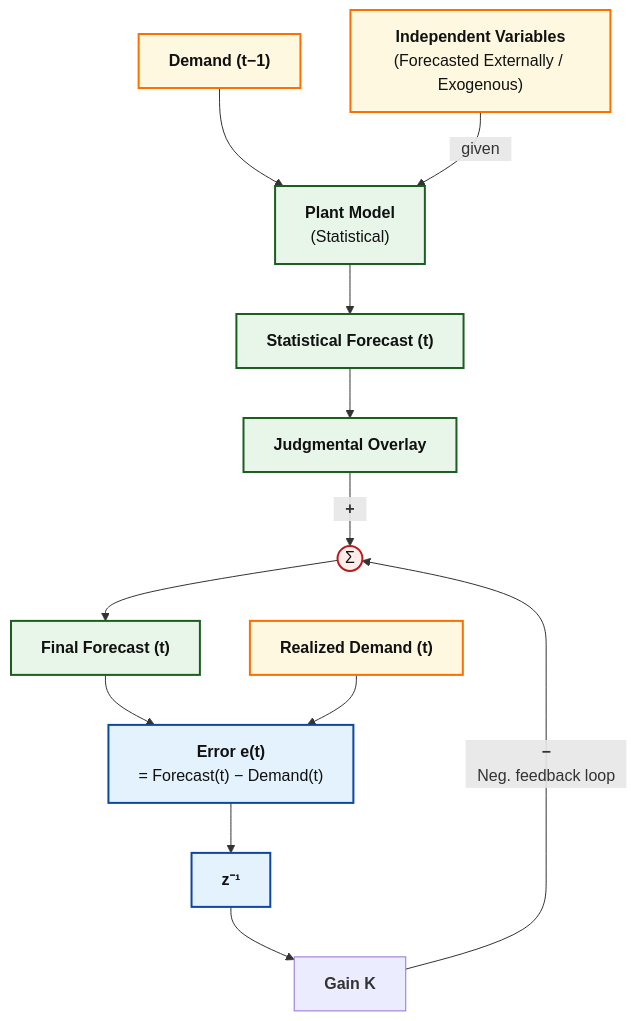
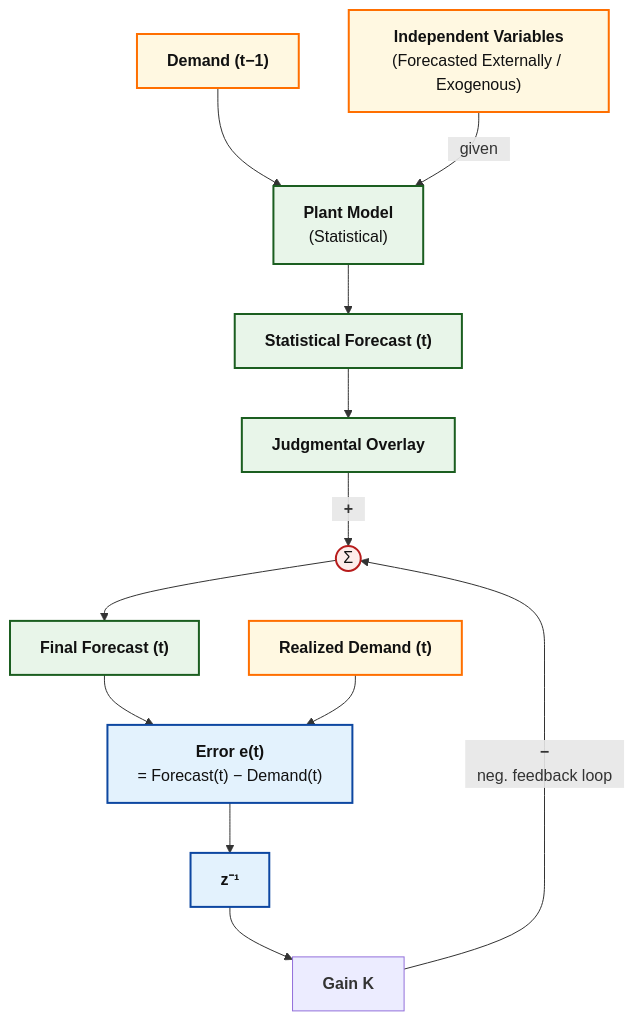
One commit to Tellusant/docs changed the diagram in articles-posts/judgmental-mechanical.md. Above: the diagram before and after it, drawn with Mermaid. The commit also changed other lines of this file, not shown here.

```diff
--- a/articles-posts/judgmental-mechanical.md
+++ b/articles-posts/judgmental-mechanical.md
@@ -20,51 +20,51 @@
 <div class="mermaid">
   
 flowchart TD
 
 %%{init: {'themeVariables': { 'fontFamily': 'Arial'}}}%%
 %% ===== Inputs =====
 D1["`**Demand (t−1)**`"]:::mixed
 X["`**Independent Variables**<br/>(Forecasted Externally / Exogenous)`"]:::mixed
 
 %% ===== Baseline model =====
 M["`**Plant Model**<br/>(Statistical)`"]:::strong
 S["`**Statistical Forecast (t)**`"]:::strong
 
 %% ===== Judgment and correction =====
 J["`**Judgmental Overlay**`"]:::strong
 Sum((Σ)):::risk
 K["`**Gain K**`"]
 F["`**Final Forecast (t)**`"]:::strong
 
 %% ===== Realized demand =====
 R["`**Realized Demand (t)**`"]:::mixed
 
 %% ===== Error and delay =====
 E["`**Error e(t)**<br/>= Forecast(t) − Demand(t)`"]:::neutral
 Delay["`**z⁻¹**`"]:::neutral
 
 %% ===== Forward path =====
 D1 --> M
 X -->|⠀given⠀| M
 M --> S
 S --> J
 J -->|"`⠀**+**⠀`"| Sum
 Sum --> F
 
 %% ===== Error computation =====
 F --> E
 R --> E
 
 %% ===== Feedback =====
 E --> Delay
 Delay --> K
-K -->|"`⠀**−**⠀<br/>⠀Neg. feedback loop⠀`"| Sum
+K -->|"`⠀**−**⠀<br/>⠀neg. feedback loop⠀`"| Sum
 
 %% ========= STYLES =========
 classDef strong  fill:#E8F5E9,stroke:#1B5E20,stroke-width:2px,color:#111;
 classDef neutral fill:#E3F2FD,stroke:#0D47A1,stroke-width:2px,color:#111;
 classDef mixed   fill:#FFF8E1,stroke:#FF6F00,stroke-width:2px,color:#111;
 classDef risk    fill:#FDECEA,stroke:#B71C1C,stroke-width:2px,color:#111;
 classDef summary fill:#F5F5F5,stroke:#424242,stroke-width:2px,color:#111;
 
 </div>
```
